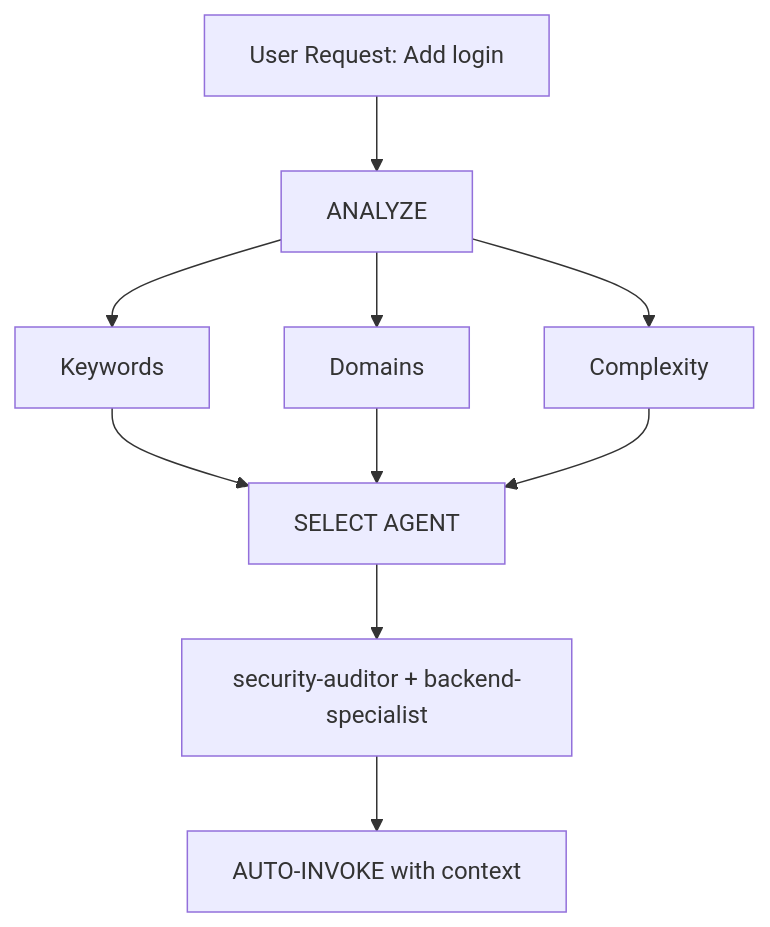
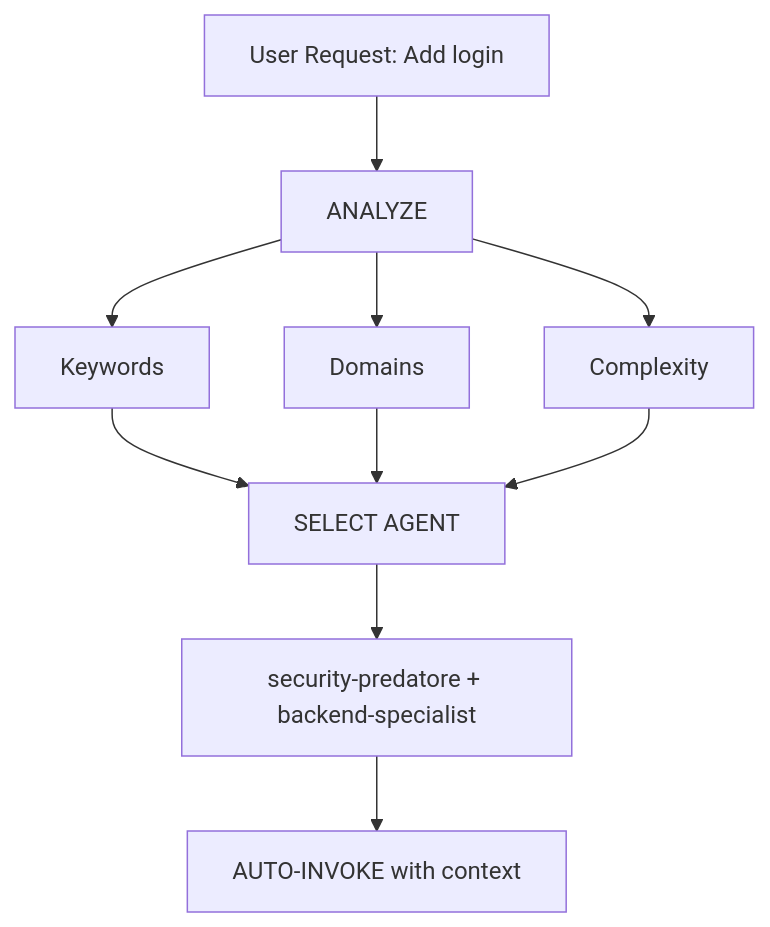
The diagram in Sogna/Curator/skills/intelligent-routing/SKILL.md (shalev1204/Sogna), drawn with Mermaid before and after one commit. The commit also changed other lines of this file and 4271 other files, not shown here.

````diff
--- a/Sogna/Curator/skills/intelligent-routing/SKILL.md
+++ b/Sogna/Curator/skills/intelligent-routing/SKILL.md
@@ -28,12 +28,12 @@
 ```mermaid
 graph TD
     A[User Request: Add login] --> B[ANALYZE]
     B --> C[Keywords]
     B --> D[Domains]
     B --> E[Complexity]
     C --> F[SELECT AGENT]
     D --> F
     E --> F
-    F --> G[security-auditor + backend-specialist]
+    F --> G[security-predatore + backend-specialist]
     G --> H[AUTO-INVOKE with context]
 ```
````
